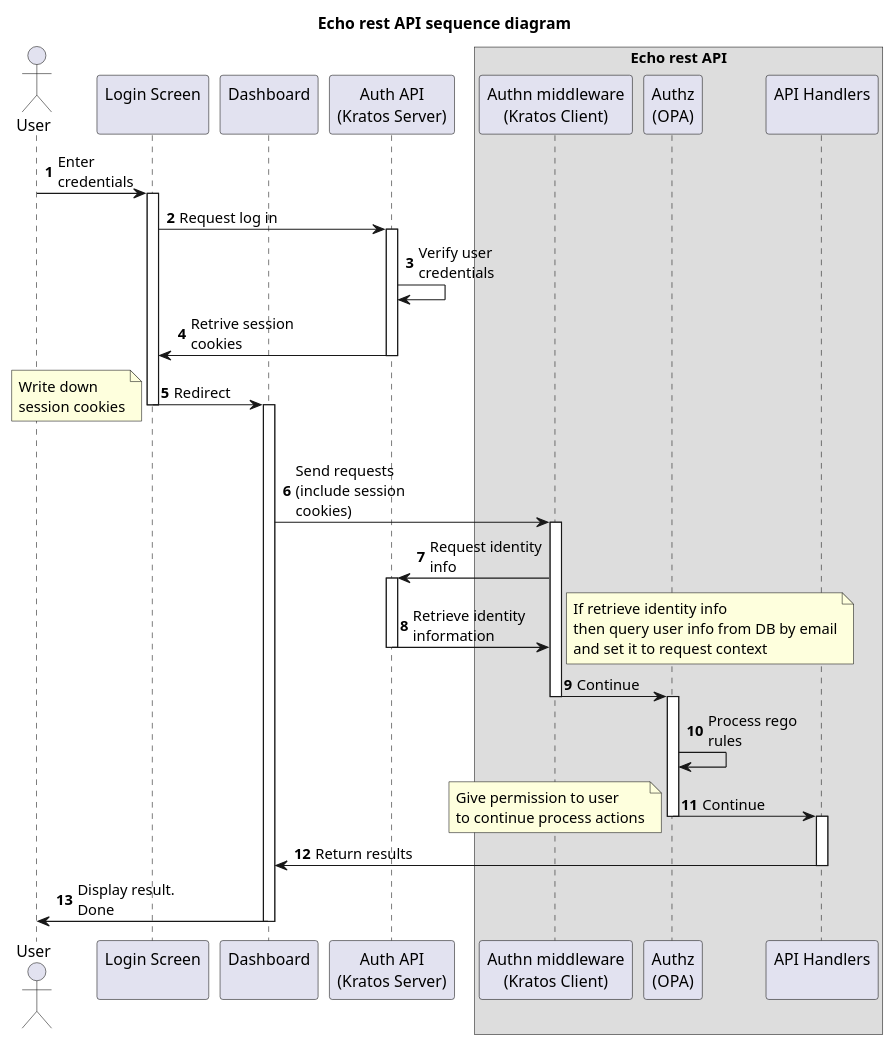
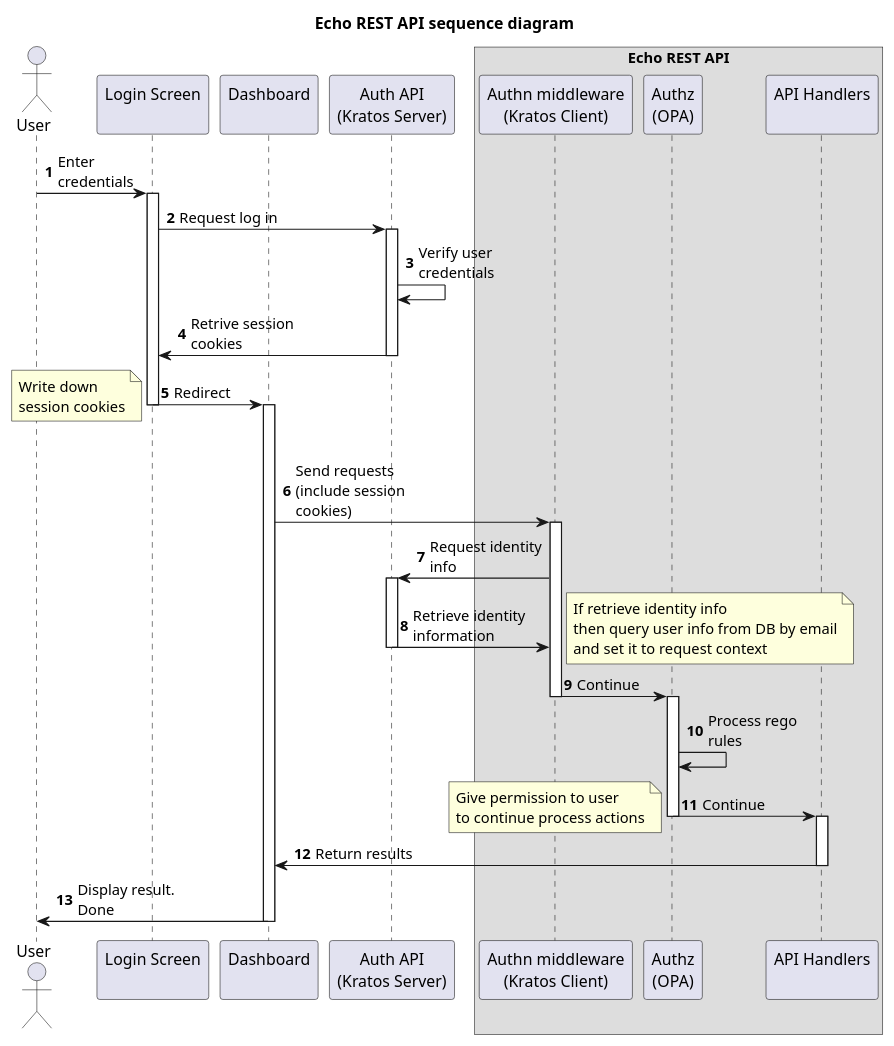
Before and after one commit to dzungtran/echo-rest-api: the diagram in docs/diagrams/overview.puml, drawn with PlantUML. The commit also changed 10 other files, not shown here.

```diff
--- a/docs/diagrams/overview.puml
+++ b/docs/diagrams/overview.puml
@@ -1,52 +1,52 @@
 @startuml request_flow
-title Echo rest API sequence diagram
+title Echo REST API sequence diagram
 
 autonumber
 skinparam maxMessageSize 100
 
 actor "User" as user
 participant "Login Screen\n" as login_scr
 participant "Dashboard\n" as dashboard
 participant "Auth API\n(Kratos Server)" as authn_api
 
-box "Echo rest API"
+box "Echo REST API"
 participant "Authn middleware\n(Kratos Client)" as authn_midd
 participant "Authz\n(OPA)" as authz_opa
 participant "API Handlers\n" as api_handlers
 end box
 
 user -> login_scr : Enter credentials
 activate login_scr
 login_scr -> authn_api : Request log in
 activate authn_api
 authn_api -> authn_api : Verify user credentials
 authn_api -> login_scr : Retrive session cookies
 deactivate authn_api
 login_scr -> dashboard : Redirect
 note left: Write down \nsession cookies
 deactivate login_scr
 activate dashboard
 
 |||
 dashboard -> authn_midd: Send requests (include session cookies)
 activate authn_midd
 authn_midd -> authn_api: Request identity info
 activate authn_api
 authn_api -> authn_midd: Retrieve identity information
 deactivate authn_api
 note right: If retrieve identity info \nthen query user info from DB by email\nand set it to request context
 authn_midd -> authz_opa: Continue
 deactivate authn_midd
 activate authz_opa
 authz_opa -> authz_opa: Process rego rules
 authz_opa -> api_handlers: Continue
 note left: Give permission to user\nto continue process actions 
 deactivate authz_opa
 activate api_handlers
 
 api_handlers -> dashboard : Return results
 deactivate api_handlers
 dashboard -> user : Display result. Done
 deactivate dashboard
 
 @enduml
```
